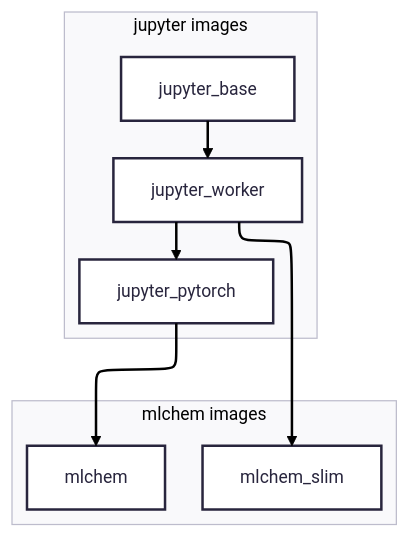
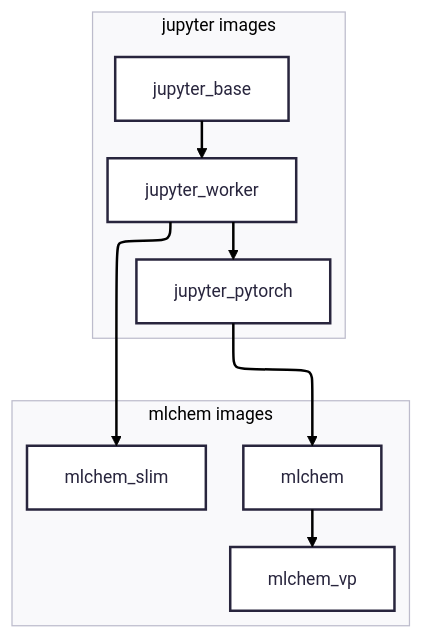
The diagram in README.md (tiangroup-uofa/research-container-images), drawn with Mermaid before and after one commit.

````diff
--- a/README.md
+++ b/README.md
@@ -57,21 +57,23 @@
 ```mermaid
 ---
 config:
   layout: elk
   theme: redux
   look: classic
 ---
 flowchart TB
  subgraph s1["jupyter images"]
         A["jupyter_base"]
         B["jupyter_worker"]
         C["jupyter_pytorch"]
   end
  subgraph s2["mlchem images"]
         D["mlchem"]
         E["mlchem_slim"]
+        F["mlchem_vp"]
   end
     A --> B
     B --> C & E
     C --> D
+    D --> F
 ```
````
